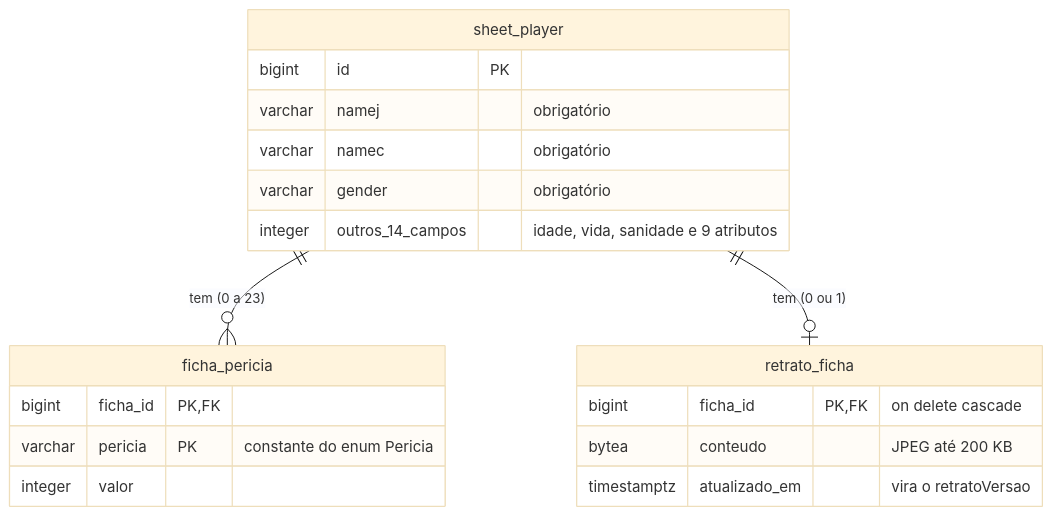
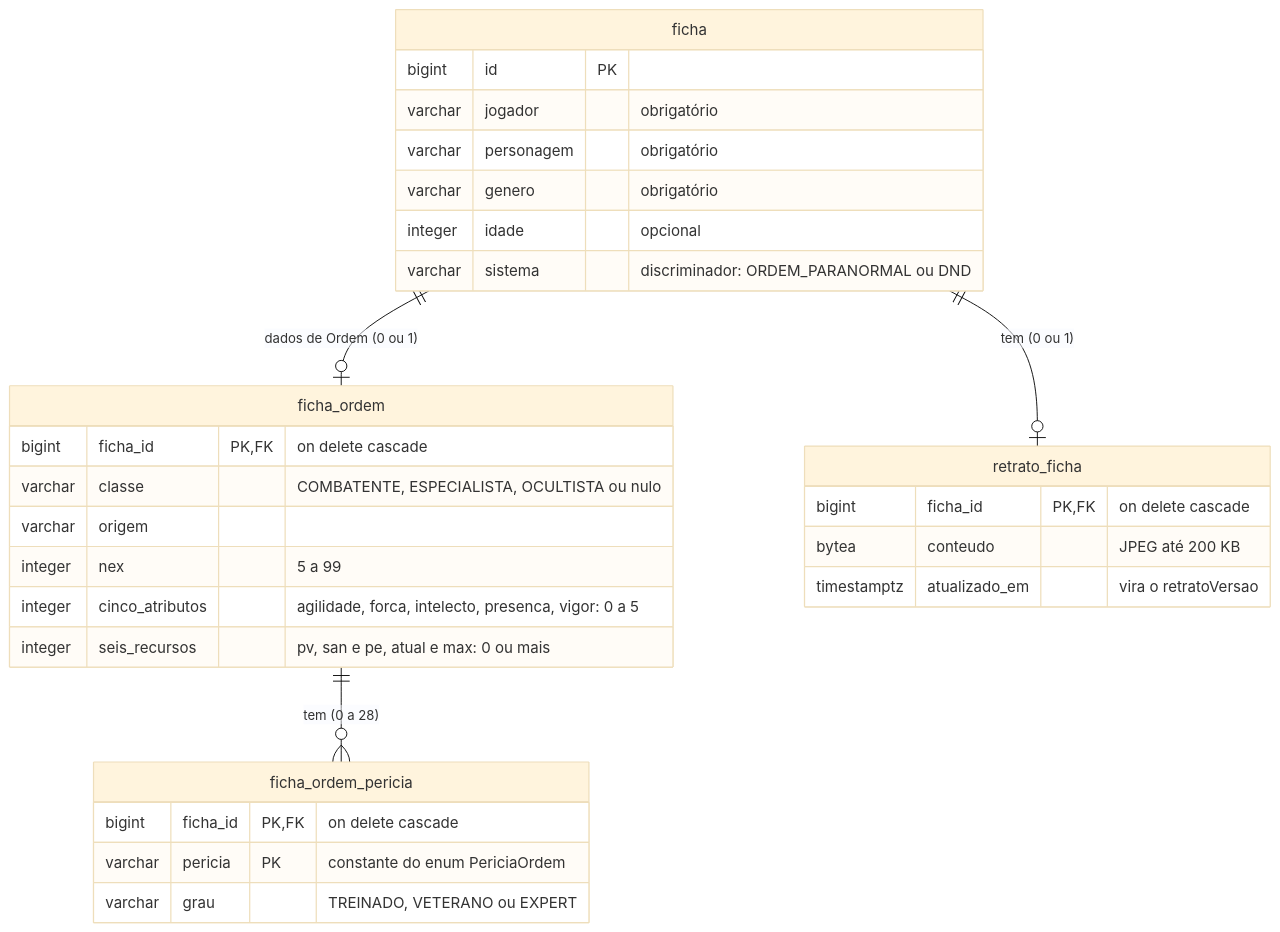
The second of 2 diagrams in README.md (Deive25/Gerenciador-de-Fichas-RPG), drawn with Mermaid (base theme) before and after one commit. The commit also changed other lines of this file and 2 other files, not shown here.

Commit message:
docs: README, ADR 0015 (tabela por sistema) e ADR 0016 (saida do d100) do 2.1d

````diff
--- a/README.md
+++ b/README.md
@@ -192,22 +228,32 @@
 ```mermaid
 erDiagram
-    sheet_player ||--o{ ficha_pericia : "tem (0 a 23)"
-    sheet_player ||--o| retrato_ficha : "tem (0 ou 1)"
-    sheet_player {
+    ficha ||--o| ficha_ordem : "dados de Ordem (0 ou 1)"
+    ficha_ordem ||--o{ ficha_ordem_pericia : "tem (0 a 28)"
+    ficha ||--o| retrato_ficha : "tem (0 ou 1)"
+    ficha {
         bigint id PK
-        varchar namej "obrigatório"
-        varchar namec "obrigatório"
-        varchar gender "obrigatório"
-        integer outros_14_campos "idade, vida, sanidade e 9 atributos"
+        varchar jogador "obrigatório"
+        varchar personagem "obrigatório"
+        varchar genero "obrigatório"
+        integer idade "opcional"
+        varchar sistema "discriminador: ORDEM_PARANORMAL ou DND"
     }
-    ficha_pericia {
-        bigint ficha_id PK, FK
-        varchar pericia PK "constante do enum Pericia"
-        integer valor
+    ficha_ordem {
+        bigint ficha_id PK, FK "on delete cascade"
+        varchar classe "COMBATENTE, ESPECIALISTA, OCULTISTA ou nulo"
+        varchar origem
+        integer nex "5 a 99"
+        integer cinco_atributos "agilidade, forca, intelecto, presenca, vigor: 0 a 5"
+        integer seis_recursos "pv, san e pe, atual e max: 0 ou mais"
+    }
+    ficha_ordem_pericia {
+        bigint ficha_id PK, FK "on delete cascade"
+        varchar pericia PK "constante do enum PericiaOrdem"
+        varchar grau "TREINADO, VETERANO ou EXPERT"
     }
     retrato_ficha {
         bigint ficha_id PK, FK "on delete cascade"
         bytea conteudo "JPEG até 200 KB"
         timestamptz atualizado_em "vira o retratoVersao"
     }
 ```
````
